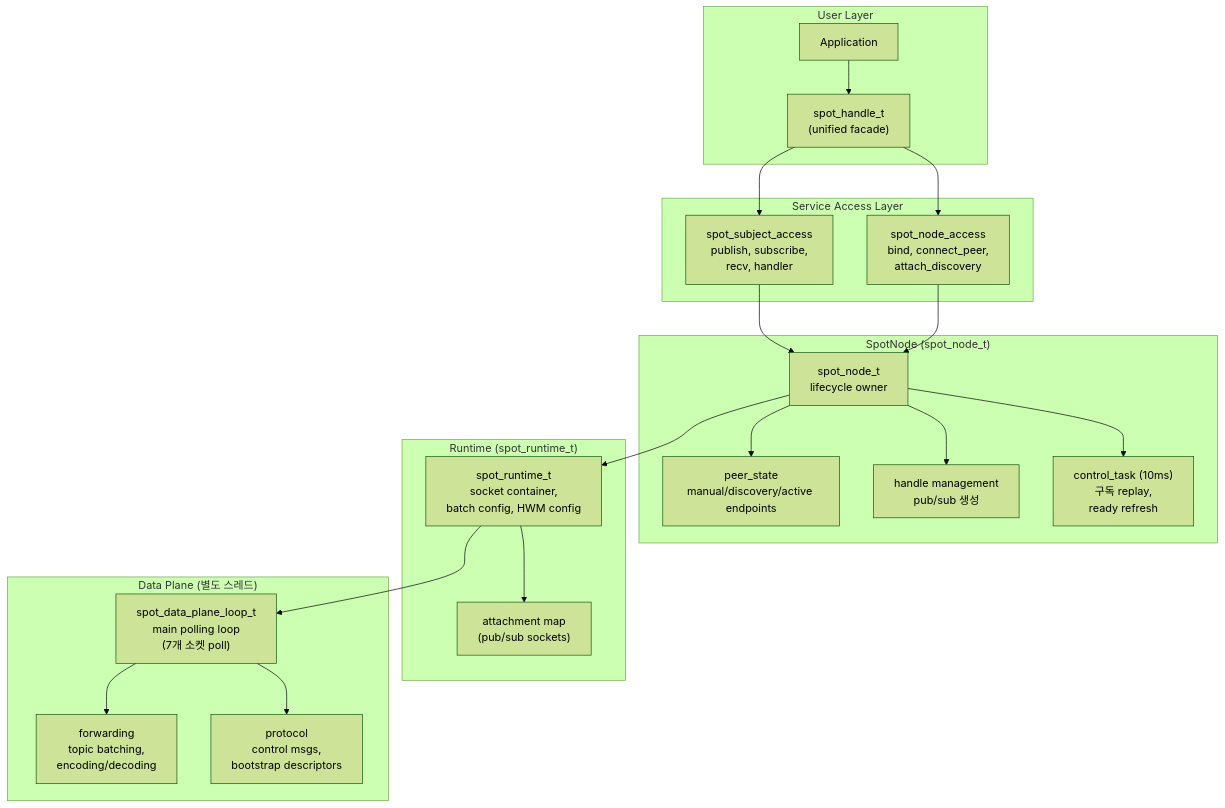
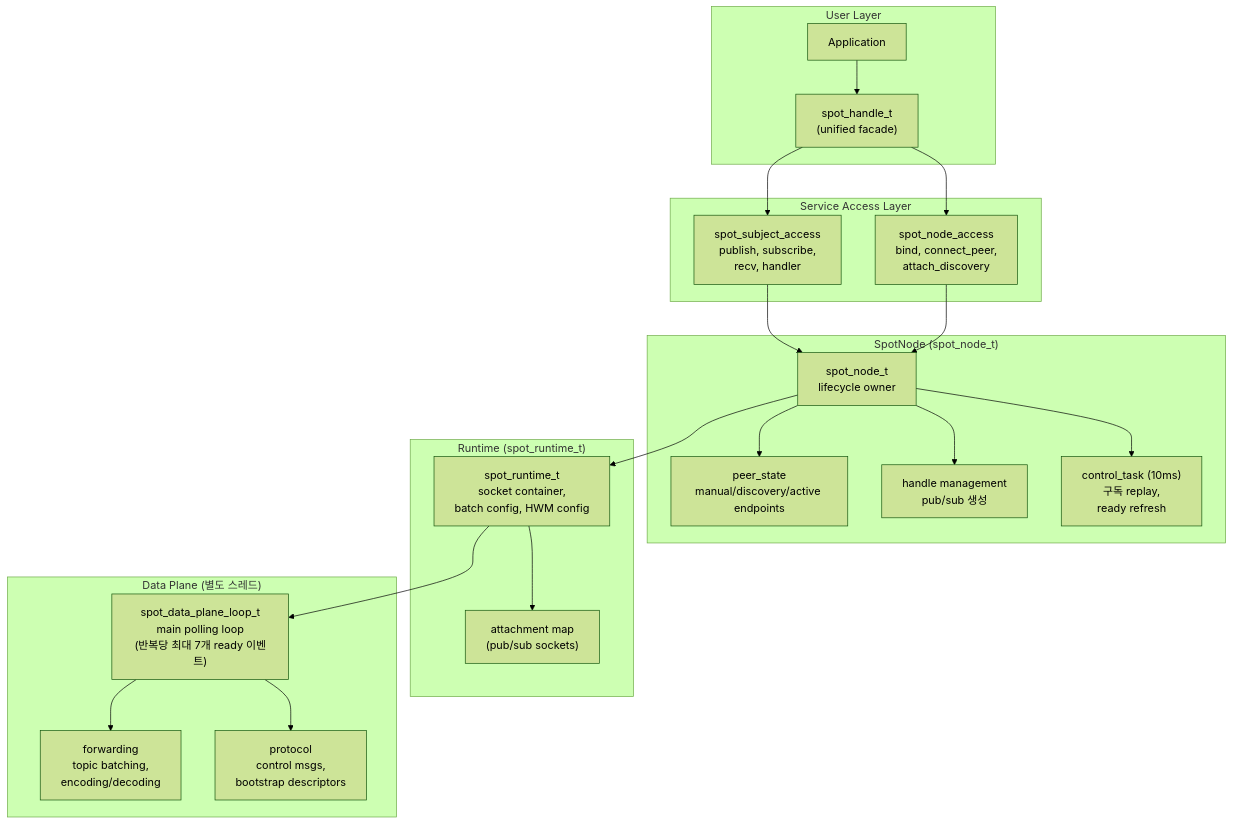
Before and after one commit to kairos-code-dev/zlink: the first of 14 diagrams in doc/internals/spot-internals.ko.md, drawn with Mermaid (forest theme). The commit also changed 376 other files, not shown here.

````diff
--- a/doc/internals/spot-internals.ko.md
+++ b/doc/internals/spot-internals.ko.md
@@ -7,44 +7,44 @@
 ```mermaid
 flowchart TB
     subgraph UserLayer["User Layer"]
         app["Application"]
         spot_handle["spot_handle_t<br/>(unified facade)"]
     end
 
     subgraph AccessLayer["Service Access Layer"]
         subject_access["spot_subject_access<br/>publish, subscribe,<br/>recv, handler"]
         node_access["spot_node_access<br/>bind, connect_peer,<br/>attach_discovery"]
     end
 
     subgraph NodeLayer["SpotNode (spot_node_t)"]
         node_core["spot_node_t<br/>lifecycle owner"]
         peer_state["peer_state<br/>manual/discovery/active endpoints"]
         handles["handle management<br/>pub/sub 생성"]
         control_task["control_task (10ms)<br/>구독 replay,<br/>ready refresh"]
     end
 
     subgraph RuntimeLayer["Runtime (spot_runtime_t)"]
         runtime["spot_runtime_t<br/>socket container,<br/>batch config, HWM config"]
         attachments["attachment map<br/>(pub/sub sockets)"]
     end
 
     subgraph DataPlaneLayer["Data Plane (별도 스레드)"]
-        dp_loop["spot_data_plane_loop_t<br/>main polling loop<br/>(7개 소켓 poll)"]
+        dp_loop["spot_data_plane_loop_t<br/>main polling loop<br/>(반복당 최대 7개 ready 이벤트)"]
         dp_fwd["forwarding<br/>topic batching,<br/>encoding/decoding"]
         dp_proto["protocol<br/>control msgs,<br/>bootstrap descriptors"]
     end
 
     app --> spot_handle
     spot_handle --> subject_access
     spot_handle --> node_access
     subject_access --> node_core
     node_access --> node_core
     node_core --> peer_state
     node_core --> handles
     node_core --> control_task
     node_core --> runtime
     runtime --> attachments
     runtime --> dp_loop
     dp_loop --> dp_fwd
     dp_loop --> dp_proto
 ```
````
